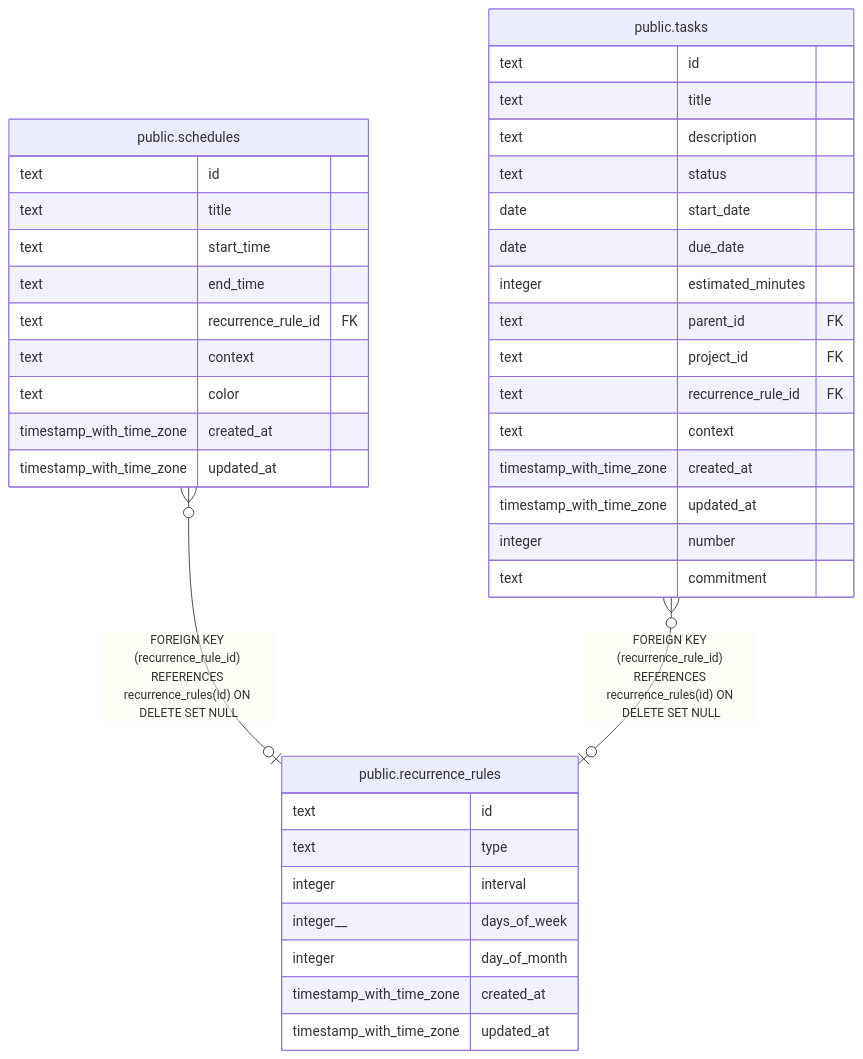
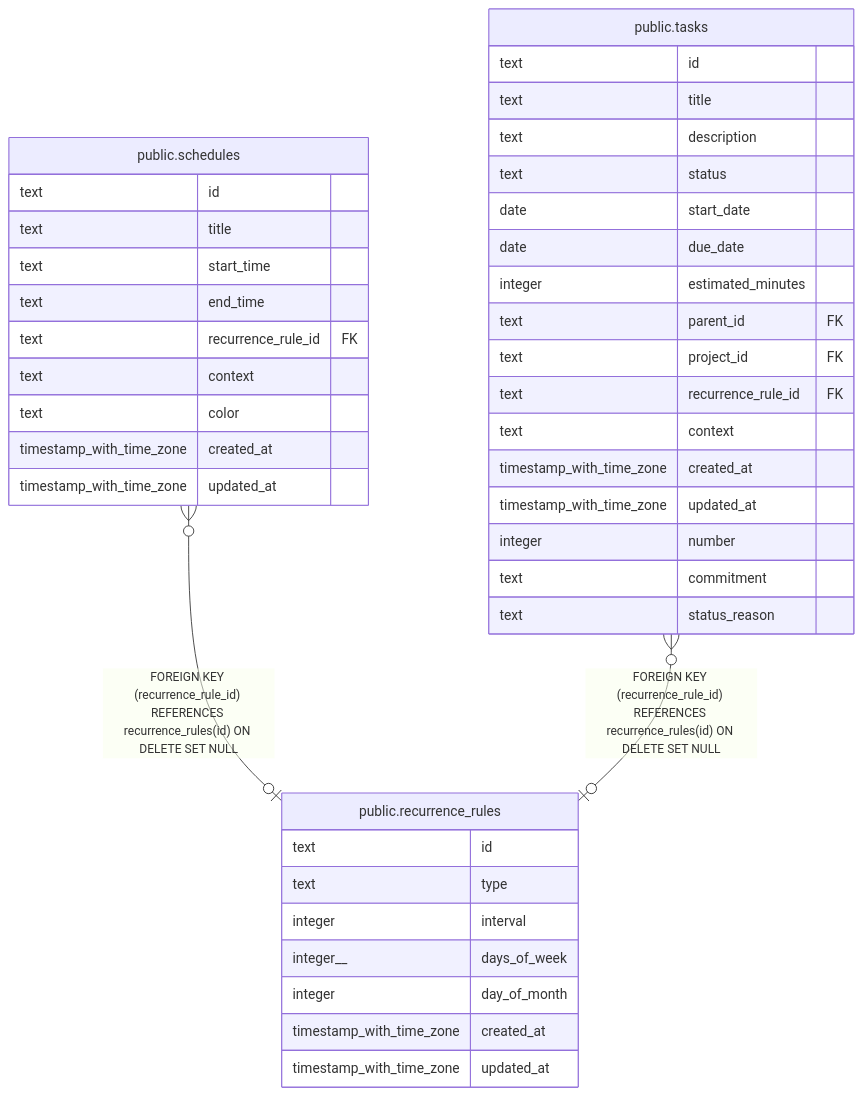
The diagram in docs/db/public.recurrence_rules.md (fohte/tq), drawn with Mermaid before and after one commit. The commit also changed 101 other files, not shown here.

````diff
--- a/docs/db/public.recurrence_rules.md
+++ b/docs/db/public.recurrence_rules.md
@@ -29,44 +29,45 @@
 ```mermaid
 erDiagram
 
 "public.schedules" }o--o| "public.recurrence_rules" : "FOREIGN KEY (recurrence_rule_id) REFERENCES recurrence_rules(id) ON DELETE SET NULL"
 "public.tasks" }o--o| "public.recurrence_rules" : "FOREIGN KEY (recurrence_rule_id) REFERENCES recurrence_rules(id) ON DELETE SET NULL"
 
 "public.recurrence_rules" {
   text id
   text type
   integer interval
   integer__ days_of_week
   integer day_of_month
   timestamp_with_time_zone created_at
   timestamp_with_time_zone updated_at
 }
 "public.schedules" {
   text id
   text title
   text start_time
   text end_time
   text recurrence_rule_id FK
   text context
   text color
   timestamp_with_time_zone created_at
   timestamp_with_time_zone updated_at
 }
 "public.tasks" {
   text id
   text title
   text description
   text status
   date start_date
   date due_date
   integer estimated_minutes
   text parent_id FK
   text project_id FK
   text recurrence_rule_id FK
   text context
   timestamp_with_time_zone created_at
   timestamp_with_time_zone updated_at
   integer number
   text commitment
+  text status_reason
 }
 ```
````
